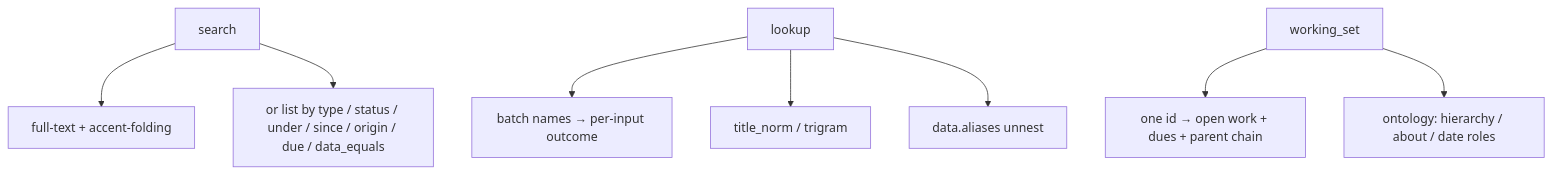
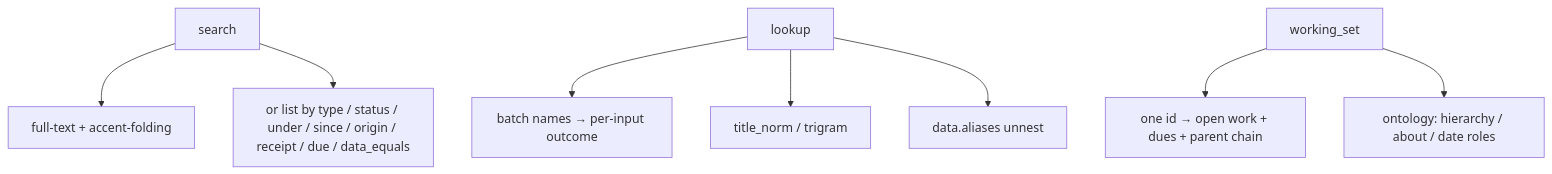
The seventh of 11 diagrams in docs/ARCHITECTURE.md (dgraziosi/foundation), drawn with Mermaid before and after one commit. The commit also changed other lines of this file and 19 other files, not shown here.

````diff
--- a/docs/ARCHITECTURE.md
+++ b/docs/ARCHITECTURE.md
@@ -195,13 +197,13 @@
 ```mermaid
 flowchart TB
   search_box["search"]
   search_box --> fts["full-text + accent-folding"]
-  search_box --> list_or_filter["or list by type / status / under / since / origin / due / data_equals"]
+  search_box --> list_or_filter["or list by type / status / under / since / origin / receipt / due / data_equals"]
   lookup_box["lookup"]
   lookup_box --> names["batch names → per-input outcome"]
   lookup_box --> title_idx["title_norm / trigram"]
   lookup_box --> aliases["data.aliases unnest"]
   working_set_box["working_set"]
   working_set_box --> rooted["one id → open work + dues + parent chain"]
   working_set_box --> ontology_walk["ontology: hierarchy / about / date roles"]
 ```
````
